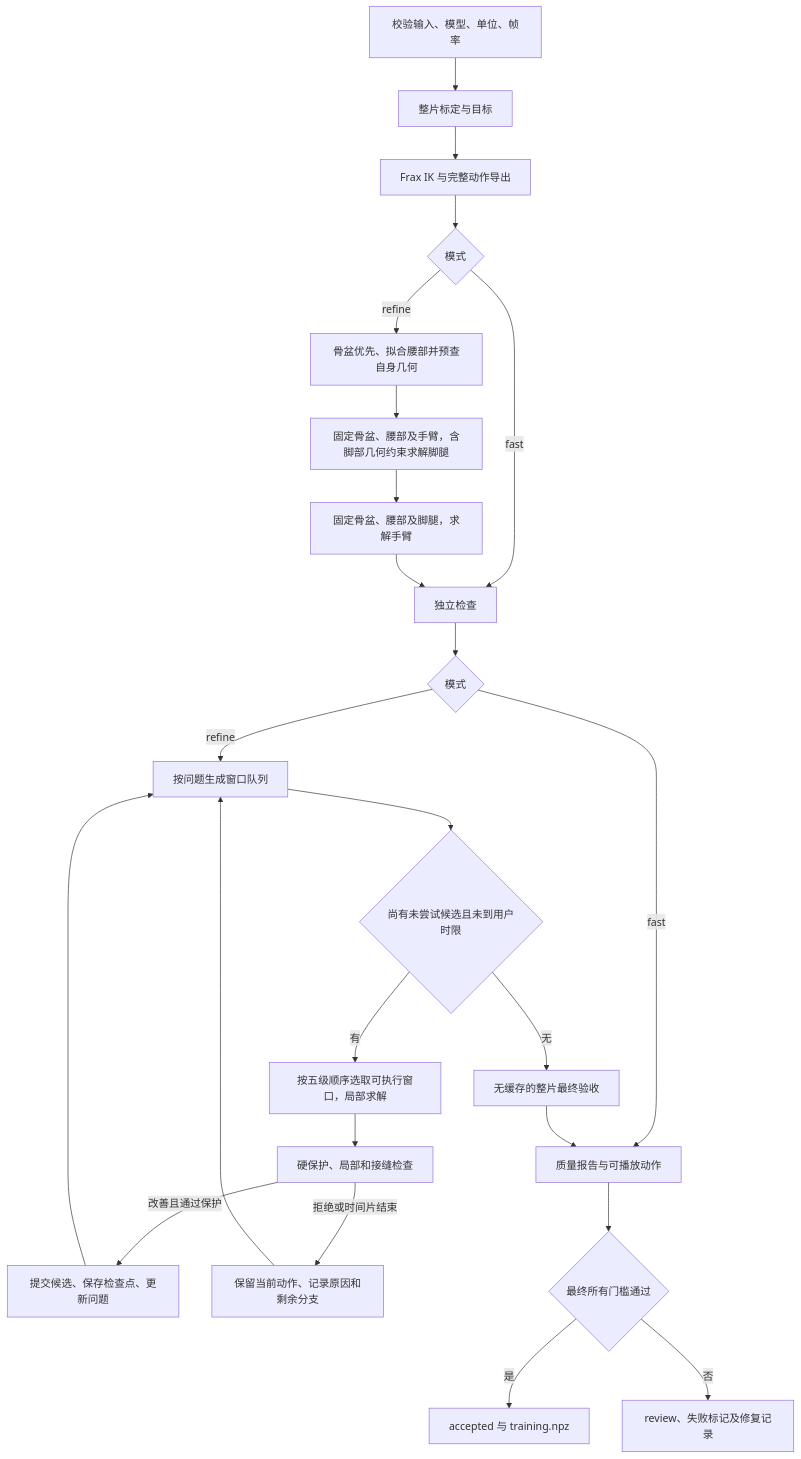
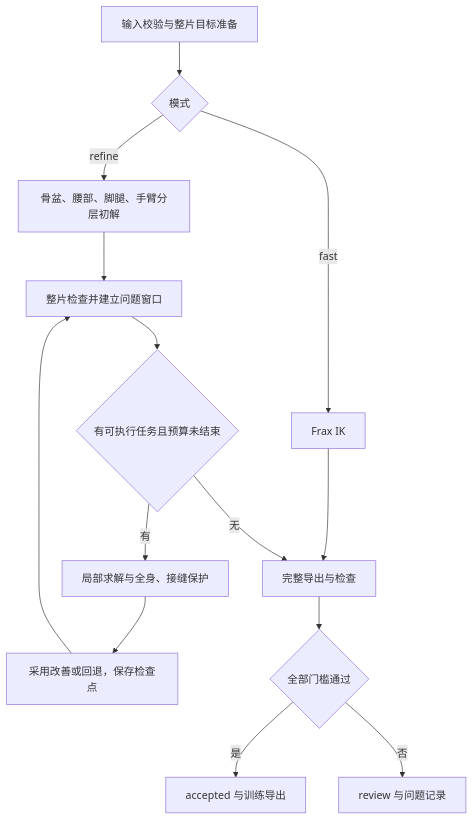
The diagram in docs/PIPELINE.md (luckylhf/Dex-Retarget), drawn with Mermaid before and after one commit. The commit also changed other lines of this file and 57 other files, not shown here.

````diff
--- a/docs/PIPELINE.md
+++ b/docs/PIPELINE.md
@@ -10,26 +23,16 @@
 ```mermaid
 flowchart TD
-    A[校验输入、模型、单位、帧率] --> B[整片标定与目标]
-    B --> C[Frax IK 与完整动作导出]
-    C --> R{模式}
-    R -->|refine| Q[骨盆优先、拟合腰部并预查自身几何]
-    Q --> QF[固定骨盆、腰部及手臂，含脚部几何约束求解脚腿]
-    QF --> QA[固定骨盆、腰部及脚腿，求解手臂]
-    R -->|fast| D[独立检查]
-    QA --> D
-    D --> E{模式}
-    E -->|fast| F[质量报告与可播放动作]
-    E -->|refine| G[按问题生成窗口队列]
-    G --> H{尚有未尝试候选且未到用户时限}
-    H -->|有| I[按五级顺序选取可执行窗口，局部求解]
-    I --> J[硬保护、局部和接缝检查]
-    J -->|改善且通过保护| K[提交候选、保存检查点、更新问题]
-    J -->|拒绝或时间片结束| L[保留当前动作、记录原因和剩余分支]
-    K --> G
-    L --> G
-    H -->|无| M[无缓存的整片最终验收]
-    M --> F
-    F --> N{最终所有门槛通过}
-    N -->|是| O[accepted 与 training.npz]
-    N -->|否| P[review、失败标记及修复记录]
+    A[输入校验与整片目标准备] --> B{模式}
+    B -->|fast| C[Frax IK]
+    B -->|refine| D[骨盆、腰部、脚腿、手臂分层初解]
+    C --> E[完整导出与检查]
+    D --> F[整片检查并建立问题窗口]
+    F --> G{有可执行任务且预算未结束}
+    G -->|有| H[局部求解与全身、接缝保护]
+    H --> I[采用改善或回退，保存检查点]
+    I --> F
+    G -->|无| E
+    E --> J{全部门槛通过}
+    J -->|是| K[accepted 与训练导出]
+    J -->|否| L[review 与问题记录]
 ```
````
